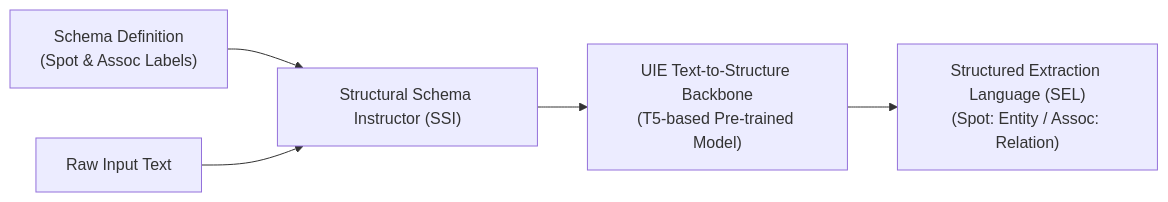
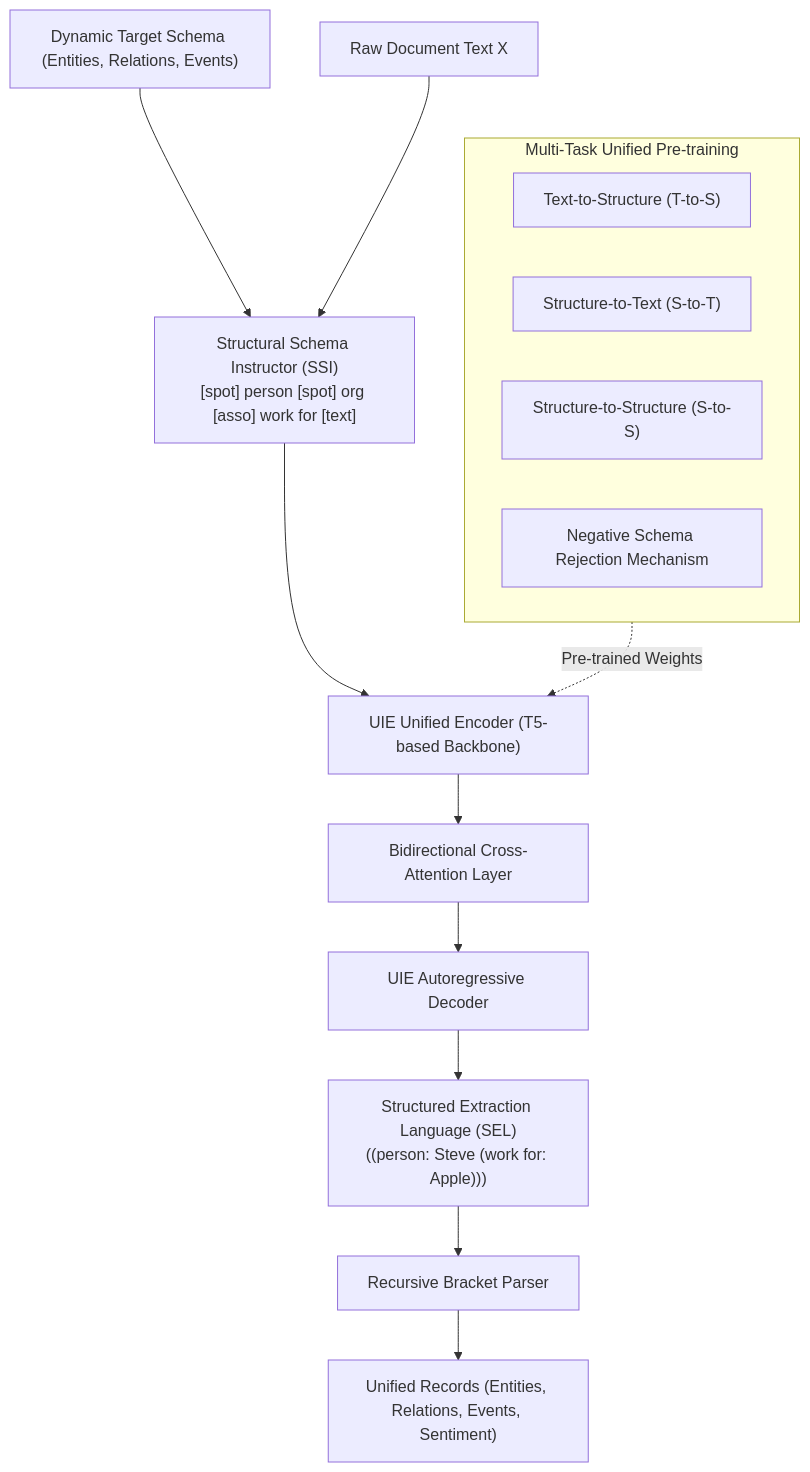
The diagram in 03 - 論文庫 (Literature Notes)/04 - Knowledge & Graph RAG/(ACL 2022-05) Unified Structure Generation for Universal Information Extraction.md (Cycl0n3-ga/RAG-survey), drawn with Mermaid before and after one commit. The commit also changed other lines of this file and 12 other files, not shown here.

````diff
--- a/03 - 論文庫 (Literature Notes)/04 - Knowledge & Graph RAG/(ACL 2022-05) Unified Structure Generation for Universal Information Extraction.md
+++ b/03 - 論文庫 (Literature Notes)/04 - Knowledge & Graph RAG/(ACL 2022-05) Unified Structure Generation for Universal Information Extraction.md
@@ -52,7 +135,23 @@
 ```mermaid
-flowchart LR
-    S["Schema Definition<br>(Spot & Assoc Labels)"] --> SSI["Structural Schema Instructor (SSI)"]
-    X["Raw Input Text"] --> SSI
-    SSI --> ENC["UIE Text-to-Structure Backbone<br>(T5-based Pre-trained Model)"]
-    ENC --> SEL["Structured Extraction Language (SEL)<br>(Spot: Entity / Assoc: Relation)"]
+flowchart TD
+    UserSchema["Dynamic Target Schema (Entities, Relations, Events)"] --> SSI_Builder["Structural Schema Instructor (SSI)<br/>[spot] person [spot] org [asso] work for [text]"]
+    RawText["Raw Document Text X"] --> SSI_Builder
+    
+    SSI_Builder --> T5_Enc["UIE Unified Encoder (T5-based Backbone)"]
+    T5_Enc --> CrossAttn["Bidirectional Cross-Attention Layer"]
+    CrossAttn --> T5_Dec["UIE Autoregressive Decoder"]
+    
+    subgraph pretraining["Multi-Task Unified Pre-training"]
+        TtoS["Text-to-Structure (T-to-S)"]
+        StoT["Structure-to-Text (S-to-T)"]
+        StoS["Structure-to-Structure (S-to-S)"]
+        Rejection["Negative Schema Rejection Mechanism"]
+    end
+    
+    pretraining -. "Pre-trained Weights" .-> T5_Enc
+    
+    T5_Dec --> SEL_Output["Structured Extraction Language (SEL)<br/>((person: Steve (work for: Apple)))"]
+    
+    SEL_Output --> Parser["Recursive Bracket Parser"]
+    Parser --> FinalIE["Unified Records (Entities, Relations, Events, Sentiment)"]
 ```
````
